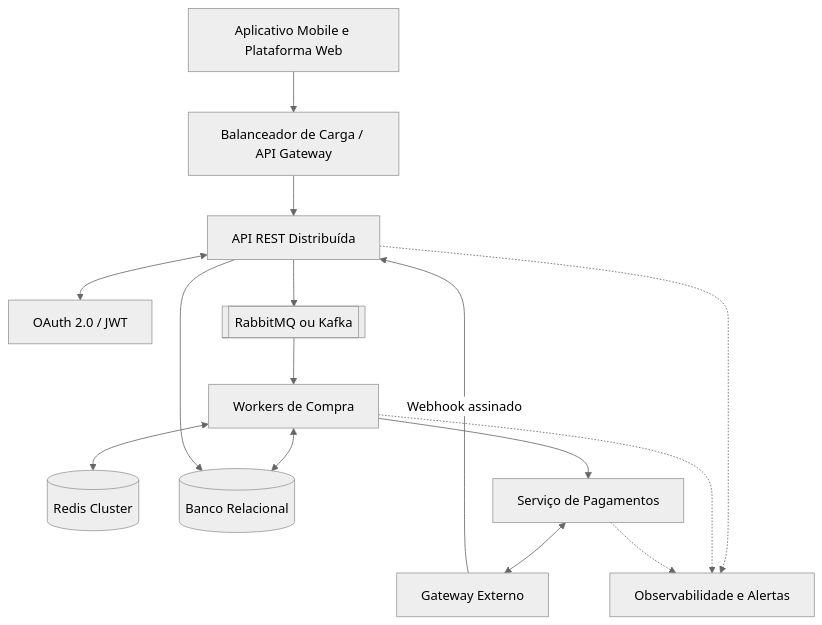
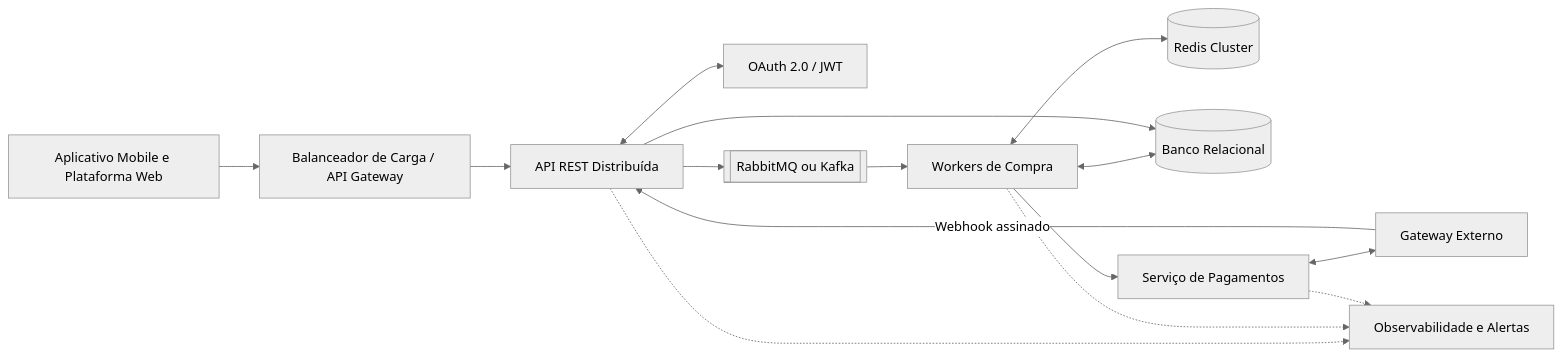
Before and after one commit to partiu-ticketeira/.github: the first of 3 diagrams in diagramas_mermaid.md, drawn with Mermaid (neutral theme). The commit also changed other lines of this file and 2 other files, not shown here.

````diff
--- a/diagramas_mermaid.md
+++ b/diagramas_mermaid.md
@@ -1,29 +1,29 @@
 ```mermaid
-flowchart TB
+flowchart LR
     CLIENTES[Aplicativo Mobile e Plataforma Web]
     BORDA[Balanceador de Carga / API Gateway]
     API[API REST Distribuída]
     AUTH[OAuth 2.0 / JWT]
     FILA[[RabbitMQ ou Kafka]]
     WORKERS[Workers de Compra]
     REDIS[(Redis Cluster)]
     BANCO[(Banco Relacional)]
     PAGAMENTOS[Serviço de Pagamentos]
     GATEWAY[Gateway Externo]
     OBS[Observabilidade e Alertas]
 
     CLIENTES --> BORDA
     BORDA --> API
     API <--> AUTH
     API --> FILA
     FILA --> WORKERS
     WORKERS <--> REDIS
     WORKERS <--> BANCO
     WORKERS --> PAGAMENTOS
     PAGAMENTOS <--> GATEWAY
     GATEWAY -->|Webhook assinado| API
     API --> BANCO
     API -.-> OBS
     WORKERS -.-> OBS
     PAGAMENTOS -.-> OBS
 ```
````
